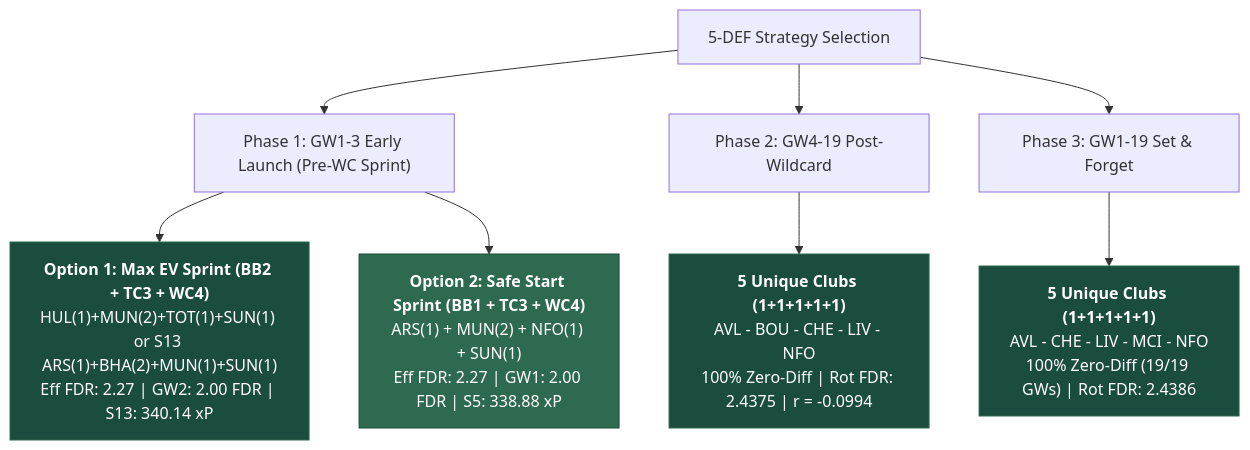
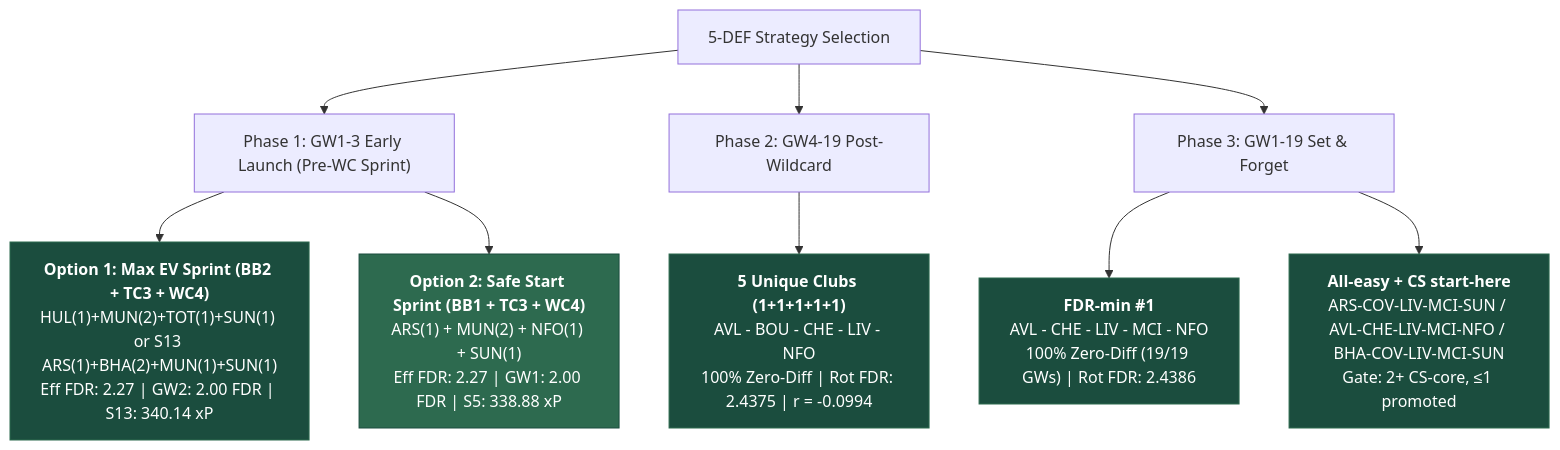
The first of 2 diagrams in docs/research/def-fixture-rotation/def-fixture-rotation.md (JubileeZ/fpl-jubilee-ascent), drawn with Mermaid before and after one commit. The commit also changed other lines of this file and 5 other files, not shown here.

First line of the commit message:
docs(research): record GW1-19 zero-diff all-easy CS overlay

````diff
--- a/docs/research/def-fixture-rotation/def-fixture-rotation.md
+++ b/docs/research/def-fixture-rotation/def-fixture-rotation.md
@@ -63,16 +66,18 @@
 ```mermaid
 flowchart TD
     Strategy["5-DEF Strategy Selection"] --> Early["Phase 1: GW1-3 Early Launch (Pre-WC Sprint)"]
     Strategy --> PostWC["Phase 2: GW4-19 Post-Wildcard"]
     Strategy --> Full["Phase 3: GW1-19 Set & Forget"]
 
     Early --> EarlyBB2["<b>Option 1: Max EV Sprint (BB2 + TC3 + WC4)</b><br>HUL(1)+MUN(2)+TOT(1)+SUN(1) or S13 ARS(1)+BHA(2)+MUN(1)+SUN(1)<br>Eff FDR: 2.27 | GW2: 2.00 FDR | S13: 340.14 xP"]
     Early --> EarlyBB1["<b>Option 2: Safe Start Sprint (BB1 + TC3 + WC4)</b><br>ARS(1) + MUN(2) + NFO(1) + SUN(1)<br>Eff FDR: 2.27 | GW1: 2.00 FDR | S5: 338.88 xP"]
     PostWC --> PostWCPick["<b>5 Unique Clubs (1+1+1+1+1)</b><br>AVL - BOU - CHE - LIV - NFO<br>100% Zero-Diff | Rot FDR: 2.4375 | r = -0.0994"]
-    Full --> FullPick["<b>5 Unique Clubs (1+1+1+1+1)</b><br>AVL - CHE - LIV - MCI - NFO<br>100% Zero-Diff (19/19 GWs) | Rot FDR: 2.4386"]
+    Full --> FullPick["<b>FDR-min #1</b><br>AVL - CHE - LIV - MCI - NFO<br>100% Zero-Diff (19/19 GWs) | Rot FDR: 2.4386"]
+    Full --> FullCs["<b>All-easy + CS start-here</b><br>ARS-COV-LIV-MCI-SUN / AVL-CHE-LIV-MCI-NFO / BHA-COV-LIV-MCI-SUN<br>Gate: 2+ CS-core, ≤1 promoted"]
 
     style EarlyBB2 fill:#1b4d3e,stroke:#2d6a4f,color:#fff
     style EarlyBB1 fill:#2d6a4f,stroke:#1b4d3e,color:#fff
     style PostWCPick fill:#1b4d3e,stroke:#2d6a4f,color:#fff
     style FullPick fill:#1b4d3e,stroke:#2d6a4f,color:#fff
+    style FullCs fill:#1b4d3e,stroke:#2d6a4f,color:#fff
 ```
````
